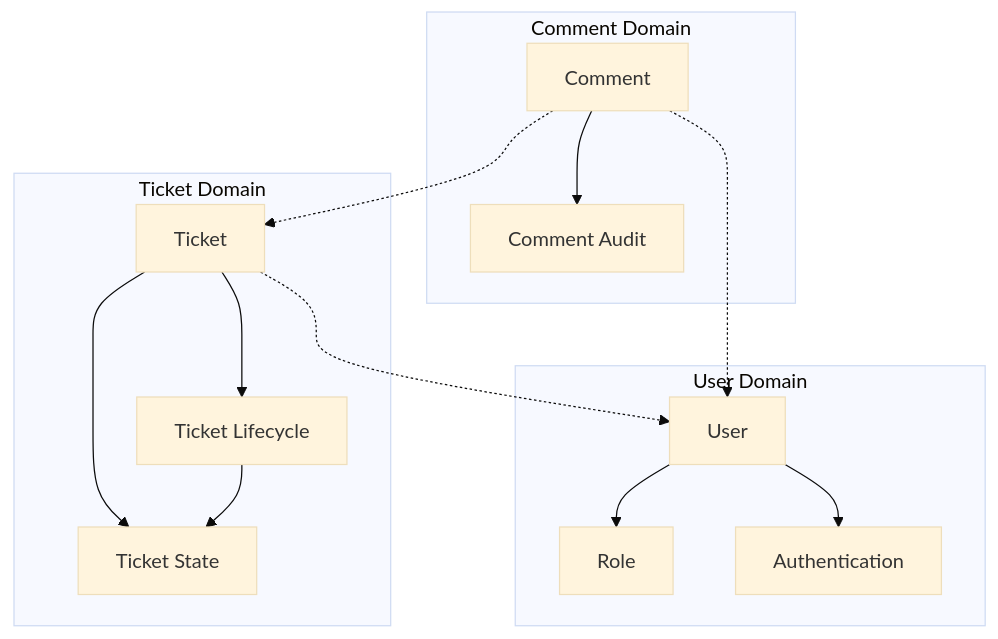
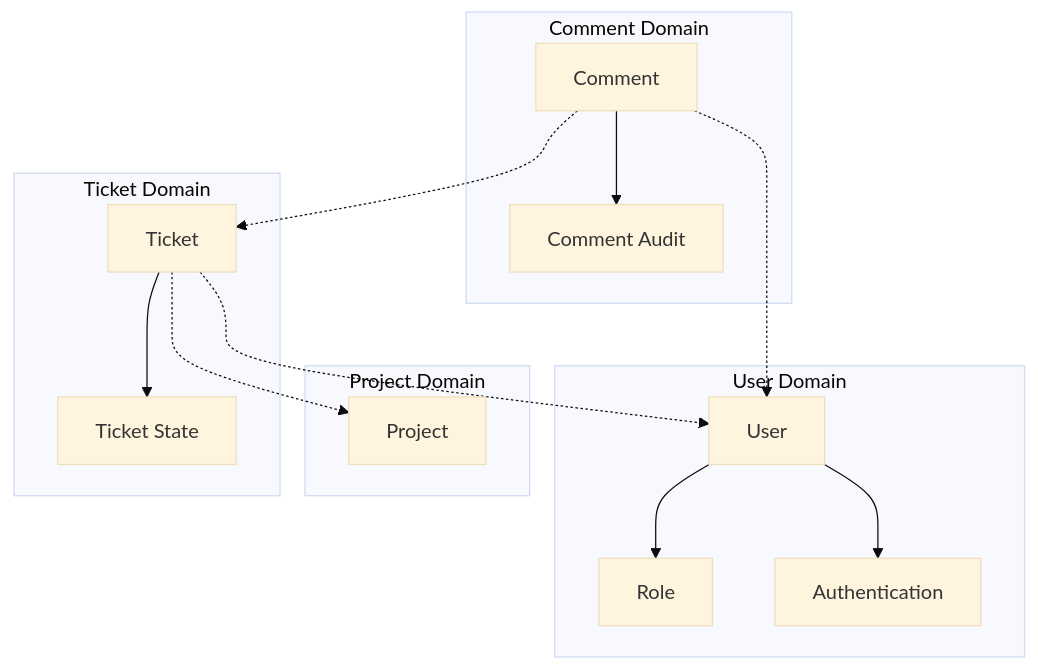
One commit to stefanreichert/ticketz changed the third of 3 diagrams in docs/architecture.md. Above: the diagram before and after it, drawn with Mermaid (base theme). The commit also changed other lines of this file, not shown here.

Commit message:
update architecture doc to latest changes

````diff
--- a/docs/architecture.md
+++ b/docs/architecture.md
@@ -121,35 +122,37 @@
 ```mermaid
 graph TB
     %% Business Domain Entities
     subgraph UserDomain ["User Domain"]
         User[User]
         Role[Role]
         Authentication[Authentication]
     end
+
+    subgraph ProjectDomain ["Project Domain"]
+        Project[Project]
+    end
     
     subgraph TicketDomain ["Ticket Domain"]
         Ticket[Ticket]
         TicketState[Ticket State]
-        TicketLifecycle[Ticket Lifecycle]
     end
     
     subgraph CommentDomain ["Comment Domain"]
         Comment[Comment]
         CommentAudit[Comment Audit]
     end
     
     %% Cross-Domain Dependencies
     User --> Role
     User --> Authentication
     
     Ticket --> TicketState
-    Ticket --> TicketLifecycle
-    TicketLifecycle --> TicketState
     
     Comment --> CommentAudit
     
     %% Inter-Domain Relationships
     Ticket -.-> User
+    Ticket -.-> Project
     Comment -.-> User
     Comment -.-> Ticket
 ```
````
